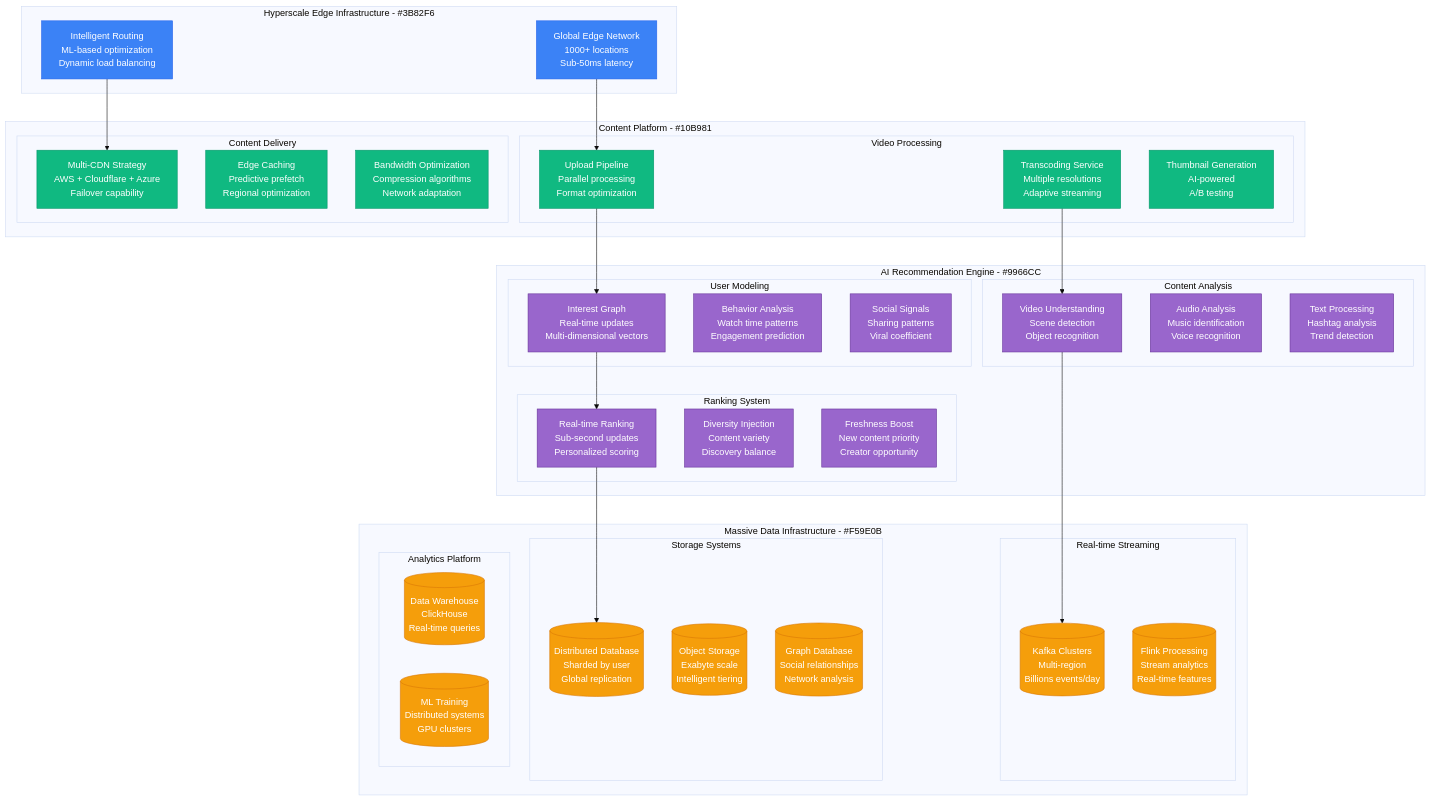
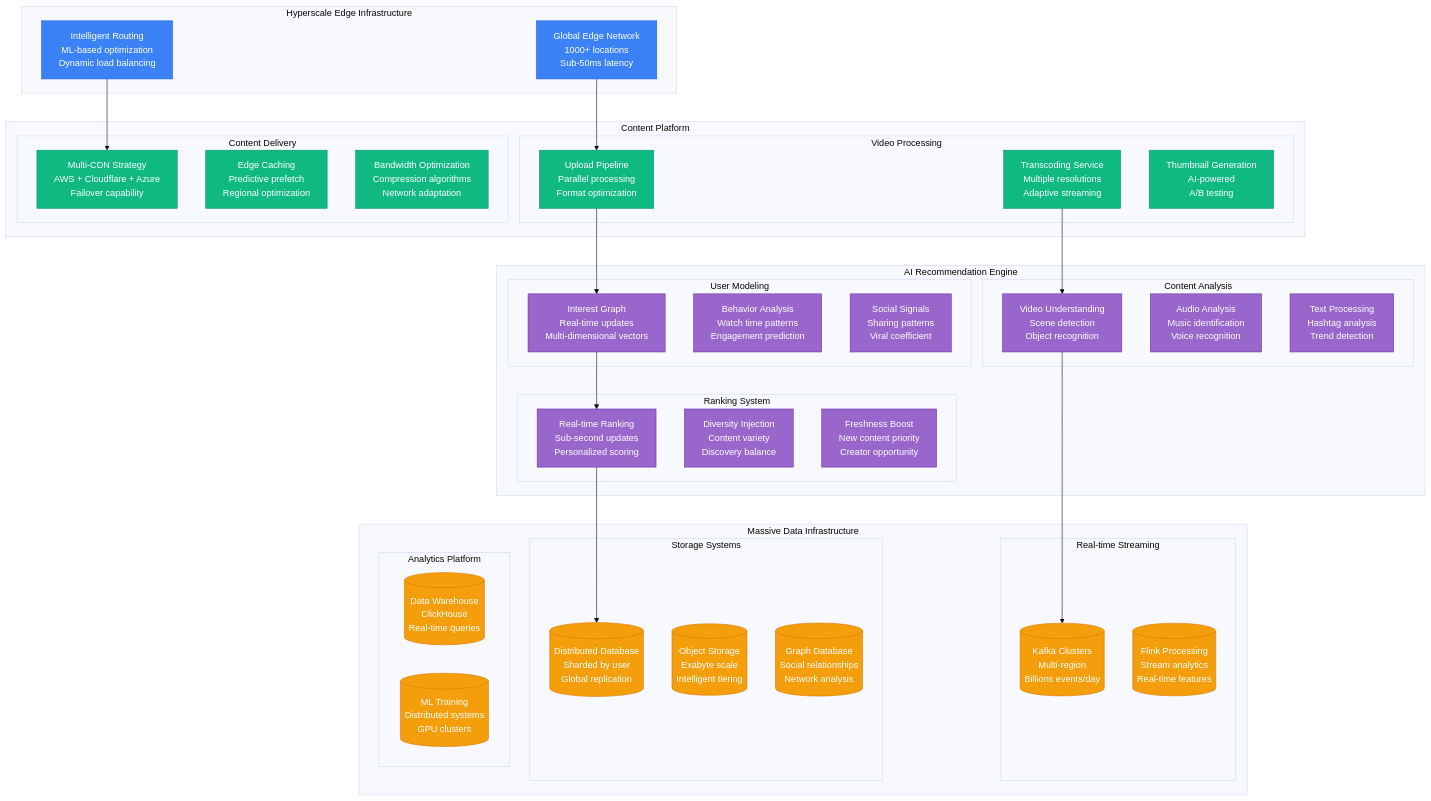
One commit to deepaucksharma/DS changed the third of 3 diagrams in site/docs/scaling/tiktok-scale-evolution.md. Above: the diagram before and after it, drawn with Mermaid (base theme). The commit also changed other lines of this file and 169 other files, not shown here.

````diff
--- a/site/docs/scaling/tiktok-scale-evolution.md
+++ b/site/docs/scaling/tiktok-scale-evolution.md
@@ -126,77 +126,77 @@
 ```mermaid
 graph TB
-    subgraph HyperscaleEdge[Hyperscale Edge Infrastructure - #3B82F6]
+    subgraph HyperscaleEdge["Hyperscale Edge Infrastructure"]
         GLOBAL_EDGE[Global Edge Network<br/>1000+ locations<br/>Sub-50ms latency]
         INTELLIGENT_ROUTING[Intelligent Routing<br/>ML-based optimization<br/>Dynamic load balancing]
     end
 
-    subgraph ContentPlatform[Content Platform - #10B981]
+    subgraph ContentPlatform["Content Platform"]
         subgraph VideoProcessing[Video Processing]
             UPLOAD_PIPELINE[Upload Pipeline<br/>Parallel processing<br/>Format optimization]
             TRANSCODING[Transcoding Service<br/>Multiple resolutions<br/>Adaptive streaming]
             THUMBNAIL_GEN[Thumbnail Generation<br/>AI-powered<br/>A/B testing]
         end
 
         subgraph ContentDelivery[Content Delivery]
             CDN_MULTI[Multi-CDN Strategy<br/>AWS + Cloudflare + Azure<br/>Failover capability]
             EDGE_CACHING[Edge Caching<br/>Predictive prefetch<br/>Regional optimization]
             BANDWIDTH_OPT[Bandwidth Optimization<br/>Compression algorithms<br/>Network adaptation]
         end
     end
 
-    subgraph AIRecommendation[AI Recommendation Engine - #9966CC]
+    subgraph AIRecommendation["AI Recommendation Engine"]
         subgraph UserModeling[User Modeling]
             INTEREST_GRAPH[Interest Graph<br/>Real-time updates<br/>Multi-dimensional vectors]
             BEHAVIOR_ANALYSIS[Behavior Analysis<br/>Watch time patterns<br/>Engagement prediction]
             SOCIAL_SIGNALS[Social Signals<br/>Sharing patterns<br/>Viral coefficient]
         end
 
         subgraph ContentAnalysis[Content Analysis]
             VIDEO_UNDERSTANDING[Video Understanding<br/>Scene detection<br/>Object recognition]
             AUDIO_ANALYSIS[Audio Analysis<br/>Music identification<br/>Voice recognition]
             TEXT_PROCESSING[Text Processing<br/>Hashtag analysis<br/>Trend detection]
         end
 
         subgraph RankingSystem[Ranking System]
             REAL_TIME_RANKING[Real-time Ranking<br/>Sub-second updates<br/>Personalized scoring]
             DIVERSITY_INJECTION[Diversity Injection<br/>Content variety<br/>Discovery balance]
             FRESHNESS_BOOST[Freshness Boost<br/>New content priority<br/>Creator opportunity]
         end
     end
 
-    subgraph MassiveData[Massive Data Infrastructure - #F59E0B]
+    subgraph MassiveData["Massive Data Infrastructure"]
         subgraph StreamingData[Real-time Streaming]
             KAFKA_CLUSTERS[(Kafka Clusters<br/>Multi-region<br/>Billions events/day)]
             FLINK_PROCESSING[(Flink Processing<br/>Stream analytics<br/>Real-time features)]
         end
 
         subgraph StorageSystems[Storage Systems]
             DISTRIBUTED_DB[(Distributed Database<br/>Sharded by user<br/>Global replication)]
             OBJECT_STORAGE[(Object Storage<br/>Exabyte scale<br/>Intelligent tiering)]
             GRAPH_DB[(Graph Database<br/>Social relationships<br/>Network analysis)]
         end
 
         subgraph AnalyticsPlatform[Analytics Platform]
             DATA_WAREHOUSE[(Data Warehouse<br/>ClickHouse<br/>Real-time queries)]
             ML_TRAINING[(ML Training<br/>Distributed systems<br/>GPU clusters)]
         end
     end
 
     GLOBAL_EDGE --> UPLOAD_PIPELINE
     INTELLIGENT_ROUTING --> CDN_MULTI
     UPLOAD_PIPELINE --> INTEREST_GRAPH
     TRANSCODING --> VIDEO_UNDERSTANDING
     INTEREST_GRAPH --> REAL_TIME_RANKING
     VIDEO_UNDERSTANDING --> KAFKA_CLUSTERS
     REAL_TIME_RANKING --> DISTRIBUTED_DB
 
     classDef edgeStyle fill:#3B82F6,stroke:#2563EB,color:#fff
     classDef contentStyle fill:#10B981,stroke:#059669,color:#fff
     classDef aiStyle fill:#9966CC,stroke:#663399,color:#fff
     classDef dataStyle fill:#F59E0B,stroke:#D97706,color:#fff
 
     class GLOBAL_EDGE,INTELLIGENT_ROUTING edgeStyle
     class UPLOAD_PIPELINE,TRANSCODING,THUMBNAIL_GEN,CDN_MULTI,EDGE_CACHING,BANDWIDTH_OPT contentStyle
     class INTEREST_GRAPH,BEHAVIOR_ANALYSIS,SOCIAL_SIGNALS,VIDEO_UNDERSTANDING,AUDIO_ANALYSIS,TEXT_PROCESSING,REAL_TIME_RANKING,DIVERSITY_INJECTION,FRESHNESS_BOOST aiStyle
     class KAFKA_CLUSTERS,FLINK_PROCESSING,DISTRIBUTED_DB,OBJECT_STORAGE,GRAPH_DB,DATA_WAREHOUSE,ML_TRAINING dataStyle
 ```
````
